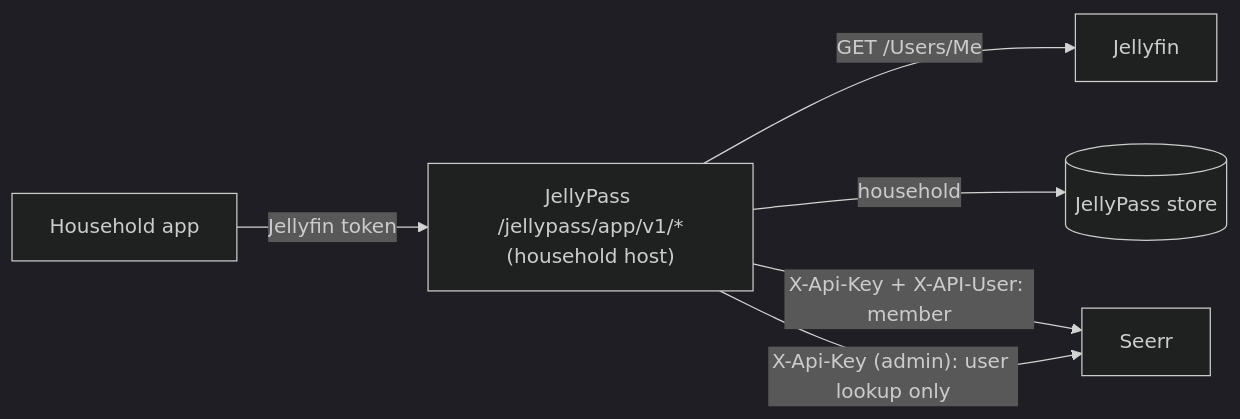
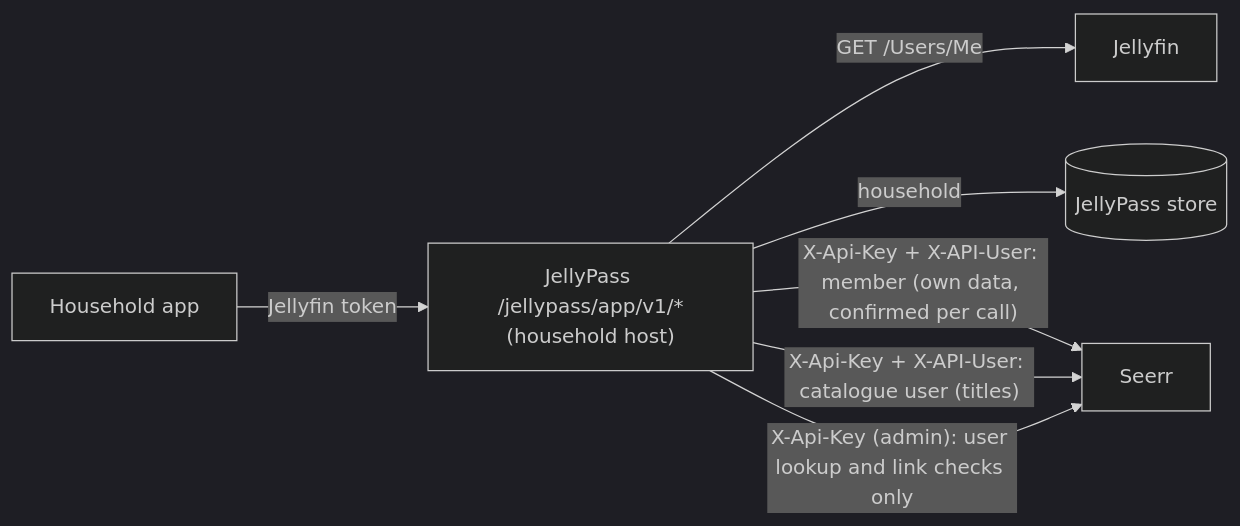
The diagram in docs/app-design.md (nicklongmore86/jellypass), drawn with Mermaid (dark theme) before and after one commit. The commit also changed other lines of this file, not shown here.

First line of the commit message:
docs: catalogue identity, Seerr-exact quota accounting and late requests

````diff
--- a/docs/app-design.md
+++ b/docs/app-design.md
@@ -21,8 +22,9 @@
 ```mermaid
 flowchart LR
   A[Household app] -->|Jellyfin token| G["JellyPass /jellypass/app/v1/*<br/>(household host)"]
   G -->|GET /Users/Me| J[Jellyfin]
   G -->|household| S[(JellyPass store)]
-  G -->|"X-Api-Key + X-API-User: member"| Seerr
-  G -->|"X-Api-Key (admin): user lookup only"| Seerr
+  G -->|"X-Api-Key + X-API-User: member (own data, confirmed per call)"| Seerr
+  G -->|"X-Api-Key + X-API-User: catalogue user (titles)"| Seerr
+  G -->|"X-Api-Key (admin): user lookup and link checks only"| Seerr
 ```
````
